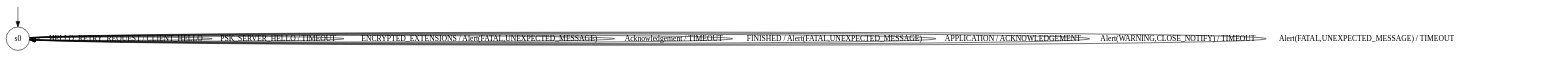
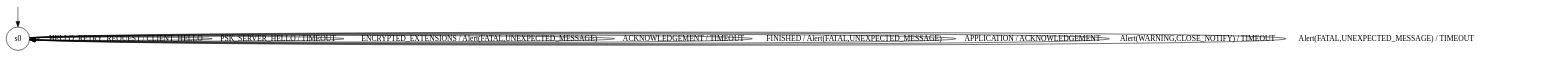
One commit to assist-project/dtls-fuzzer changed the diagram in experiments/models/regression/clients/rounds/wolfssl-5.7.6_client_psk_DTLS13/hyp1.dot. Above: the diagram before and after it, drawn with Graphviz. The commit also changed 4 other files, not shown here.

```diff
--- a/experiments/models/regression/clients/rounds/wolfssl-5.7.6_client_psk_DTLS13/hyp1.dot
+++ b/experiments/models/regression/clients/rounds/wolfssl-5.7.6_client_psk_DTLS13/hyp1.dot
@@ -1,16 +1,16 @@
 digraph g {
 
 	s0 [shape="circle" label="s0"];
 	s0 -> s0 [label="HELLO_RETRY_REQUEST / CLIENT_HELLO"];
 	s0 -> s0 [label="PSK_SERVER_HELLO / TIMEOUT"];
 	s0 -> s0 [label="ENCRYPTED_EXTENSIONS / Alert(FATAL,UNEXPECTED_MESSAGE)"];
-	s0 -> s0 [label="Acknowledgement / TIMEOUT"];
+	s0 -> s0 [label="ACKNOWLEDGEMENT / TIMEOUT"];
 	s0 -> s0 [label="FINISHED / Alert(FATAL,UNEXPECTED_MESSAGE)"];
 	s0 -> s0 [label="APPLICATION / ACKNOWLEDGEMENT"];
 	s0 -> s0 [label="Alert(WARNING,CLOSE_NOTIFY) / TIMEOUT"];
 	s0 -> s0 [label="Alert(FATAL,UNEXPECTED_MESSAGE) / TIMEOUT"];
 
 __start0 [label="" shape="none" width="0" height="0"];
 __start0 -> s0;
 
 }
```
